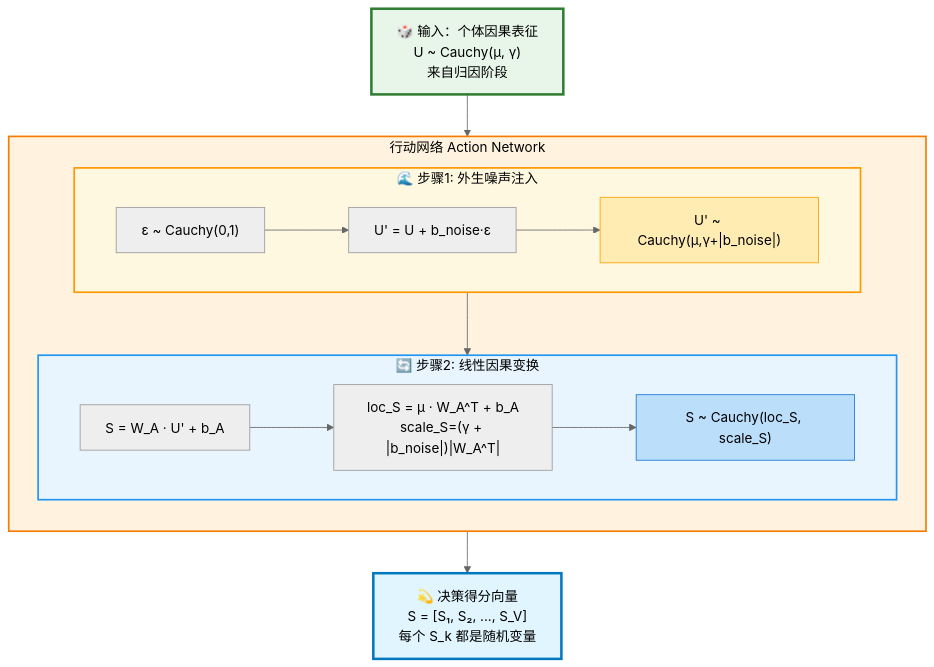
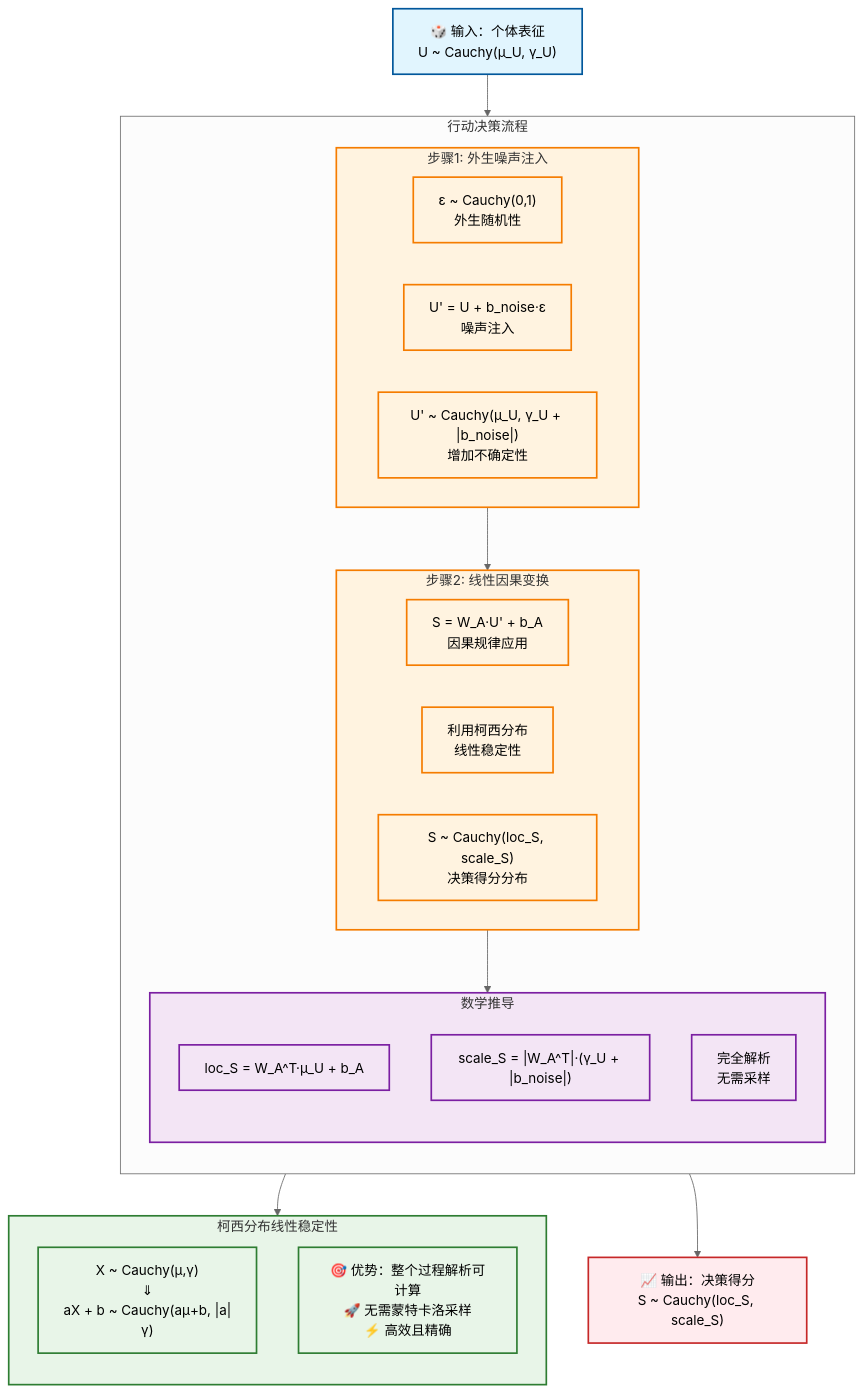
The fifth of 10 diagrams in causal_engine/MATHEMATICAL_FOUNDATIONS_CN.md (1587causalai/CausalQwen), drawn with Mermaid (neutral theme) before and after one commit. The commit also changed other lines of this file and 7 other files, not shown here.

````diff
--- a/causal_engine/MATHEMATICAL_FOUNDATIONS_CN.md
+++ b/causal_engine/MATHEMATICAL_FOUNDATIONS_CN.md
@@ -125,41 +245,54 @@
 ```mermaid
 graph TB
-    %% 行动网络：两步变换生成决策得分
+    InputU["🎲 输入：个体表征<br/>U ~ Cauchy(μ_U, γ_U)"]
     
-    U["🎲 输入：个体因果表征<br/>U ~ Cauchy(μ, γ)<br/>来自归因阶段"]
-    
-    U --> ActionNet
-    
-    subgraph ActionNet ["行动网络 Action Network"]
+    subgraph ActionProcess["行动决策流程"]
         direction TB
         
-        subgraph Step1 ["🌊 步骤1: 外生噪声注入"]
+        subgraph Step1["步骤1: 外生噪声注入"]
             direction LR
-            Noise["ε ~ Cauchy(0,1)"] 
-            NoiseOp["U' = U + b_noise·ε"]
-            Result1["U' ~ Cauchy(μ,γ+|b_noise|)"]
-            Noise --> NoiseOp --> Result1
+            Noise["ε ~ Cauchy(0,1)<br/>外生随机性"]
+            Injection["U' = U + b_noise·ε<br/>噪声注入"]
+            Result1["U' ~ Cauchy(μ_U, γ_U + |b_noise|)<br/>增加不确定性"]
         end
         
-        subgraph Step2 ["🔄 步骤2: 线性因果变换"]
+        subgraph Step2["步骤2: 线性因果变换"]
             direction LR
-            Transform["S = W_A · U' + b_A"]
-            Params["loc_S = μ · W_A^T + b_A<br/>scale_S=(γ + |b_noise|)|W_A^T|"]
-            Result2["S ~ Cauchy(loc_S, scale_S)"]
-            Transform --> Params --> Result2
+            Transform["S = W_A·U' + b_A<br/>因果规律应用"]
+            Linear["利用柯西分布<br/>线性稳定性"]
+            Result2["S ~ Cauchy(loc_S, scale_S)<br/>决策得分分布"]
         end
         
-        Step1 --> Step2
+        subgraph Mathematics["数学推导"]
+            direction TB
+            Loc["loc_S = W_A^T·μ_U + b_A"]
+            Scale["scale_S = |W_A^T|·(γ_U + |b_noise|)"]
+            Final["完全解析<br/>无需采样"]
+        end
     end
     
-    ActionNet --> Output["💫 决策得分向量<br/>S = [S₁, S₂, ..., S_V]<br/>每个 S_k 都是随机变量"]
+    InputU --> Step1 --> Step2 --> Mathematics
     
-    %% 样式设计
-    style U fill:#e8f5e9,stroke:#2e7d32,stroke-width:3px,color:#000
-    style ActionNet fill:#fff3e0,stroke:#f57c00,stroke-width:2px,color:#000
-    style Step1 fill:#fff8e1,stroke:#ff9800,stroke-width:2px,color:#000
-    style Step2 fill:#e8f5ff,stroke:#2196f3,stroke-width:2px,color:#000
-    style Output fill:#e1f5fe,stroke:#0277bd,stroke-width:3px,color:#000
-    style Result1 fill:#ffecb3,stroke:#ffa000,stroke-width:1px,color:#000
-    style Result2 fill:#bbdefb,stroke:#1976d2,stroke-width:1px,color:#000
+    subgraph LinearStability["柯西分布线性稳定性"]
+        direction TB
+        Property["X ~ Cauchy(μ,γ)<br/>⇓<br/>aX + b ~ Cauchy(aμ+b, |a|γ)"]
+        Advantage["🎯 优势：整个过程解析可计算<br/>🚀 无需蒙特卡洛采样<br/>⚡ 高效且精确"]
+    end
+    
+    Mathematics --> LinearStability
+    
+    OutputS["📈 输出：决策得分<br/>S ~ Cauchy(loc_S, scale_S)"]
+    Mathematics --> OutputS
+    
+    classDef inputStyle fill:#e1f5fe,stroke:#01579b,stroke-width:2px
+    classDef stepStyle fill:#fff3e0,stroke:#f57c00,stroke-width:2px
+    classDef mathStyle fill:#f3e5f5,stroke:#7b1fa2,stroke-width:2px
+    classDef stabilityStyle fill:#e8f5e8,stroke:#2e7d32,stroke-width:2px
+    classDef outputStyle fill:#ffebee,stroke:#c62828,stroke-width:2px
+    
+    class InputU inputStyle
+    class Step1,Step2,Noise,Injection,Result1,Transform,Linear,Result2 stepStyle
+    class Mathematics,Loc,Scale,Final mathStyle
+    class LinearStability,Property,Advantage stabilityStyle
+    class OutputS outputStyle
 ```
````
